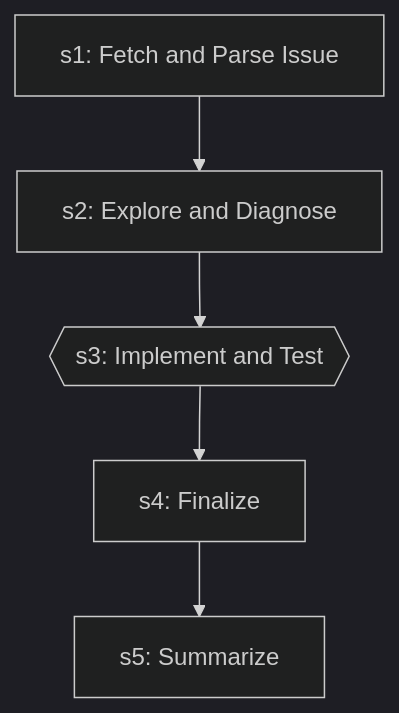
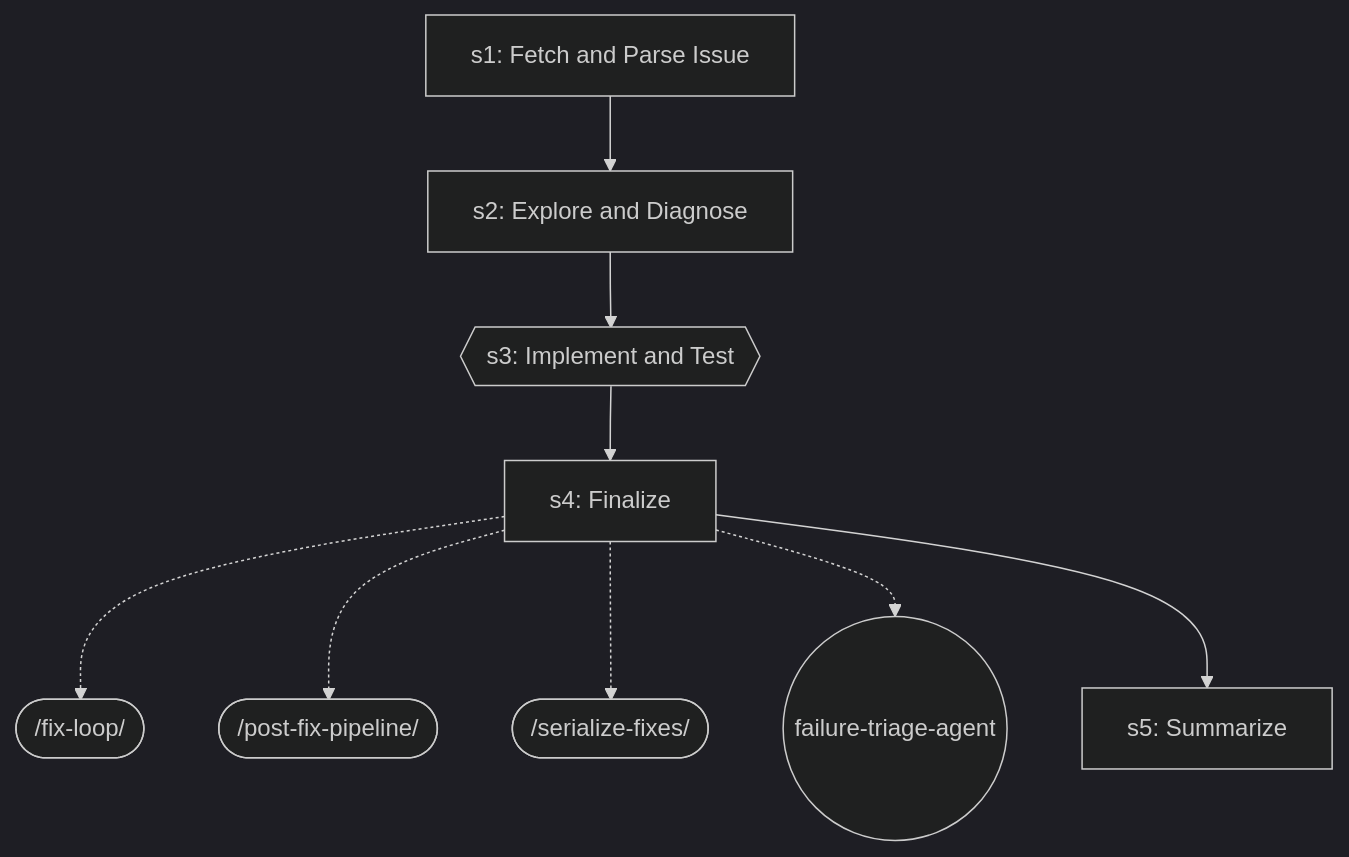
One commit to abhayla/claude-best-practices changed the sixth of 20 diagrams in docs/workflows/learning-self-improvement.md. Above: the diagram before and after it, drawn with Mermaid (dark theme). The commit also changed other lines of this file and 12 other files, not shown here.

````diff
--- a/docs/workflows/learning-self-improvement.md
+++ b/docs/workflows/learning-self-improvement.md
@@ -405,12 +411,20 @@
 ```mermaid
 graph TD
     s1["s1: Fetch and Parse Issue"]
     s2["s2: Explore and Diagnose"]
     s1 --> s2
     s3{{s3: Implement and Test}}
     s2 --> s3
     s4["s4: Finalize"]
     s3 --> s4
+    fix_loop_ext([/fix-loop/])
+    s4 -.-> fix_loop_ext
+    post_fix_pipeline_ext([/post-fix-pipeline/])
+    s4 -.-> post_fix_pipeline_ext
+    serialize_fixes_ext([/serialize-fixes/])
+    s4 -.-> serialize_fixes_ext
+    failure_triage_agent_ext((failure-triage-agent))
+    s4 -.-> failure_triage_agent_ext
     s5["s5: Summarize"]
     s4 --> s5
 ```
````
